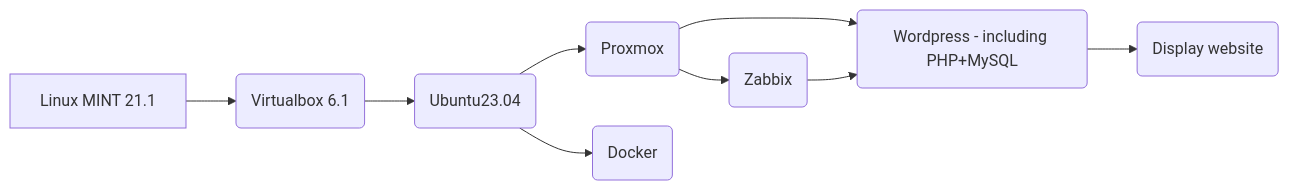
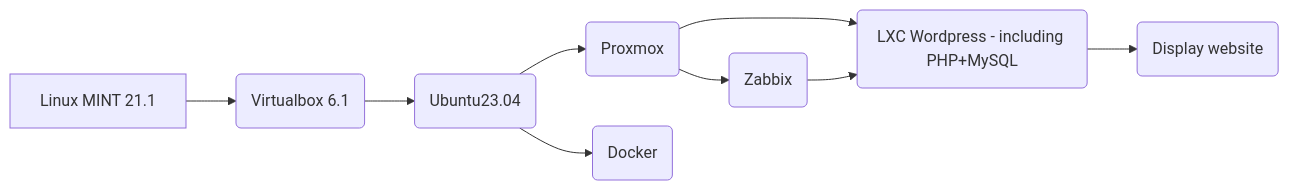
One commit to DanyAAD90/DevOps_junior_Wordpress changed the diagram in Project.md. Above: the diagram before and after it, drawn with Mermaid.

````diff
--- a/Project.md
+++ b/Project.md
@@ -3,11 +3,11 @@
 ```mermaid
 graph LR
 A[Linux MINT 21.1] --> B(Virtualbox 6.1)
 B --> C(Ubuntu23.04)
 C --> D(Proxmox)
-D --> E(Wordpress - including PHP+MySQL)
+D --> E(LXC Wordpress - including PHP+MySQL)
 E --> G(Display website)
 C --> F(Docker)
 D --> H
 H(Zabbix) --> E
 ```
````
